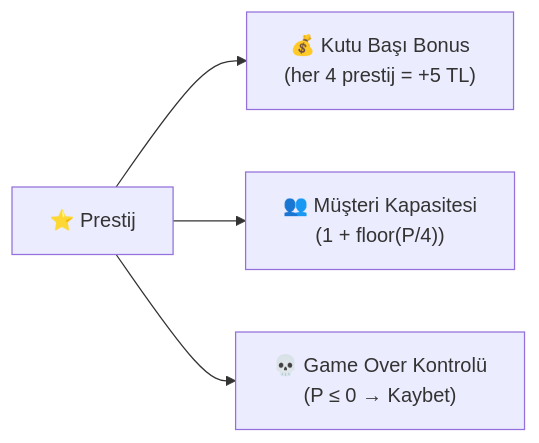
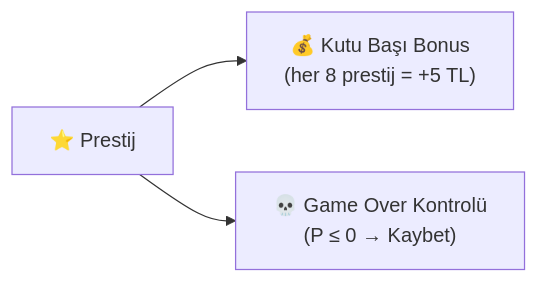
One commit to Thefec/Cargor changed the third of 11 diagrams in GDD.md. Above: the diagram before and after it, drawn with Mermaid. The commit also changed other lines of this file, not shown here.

````diff
--- a/GDD.md
+++ b/GDD.md
@@ -353,6 +417,5 @@
 ```mermaid
 flowchart LR
-    P["⭐ Prestij"] --> A["💰 Kutu Başı Bonus\n(her 4 prestij = +5 TL)"]
-    P --> B["👥 Müşteri Kapasitesi\n(1 + floor(P/4))"]
+    P["⭐ Prestij"] --> A["💰 Kutu Başı Bonus\n(her 8 prestij = +5 TL)"]
     P --> C["💀 Game Over Kontrolü\n(P ≤ 0 → Kaybet)"]
 ```
````
